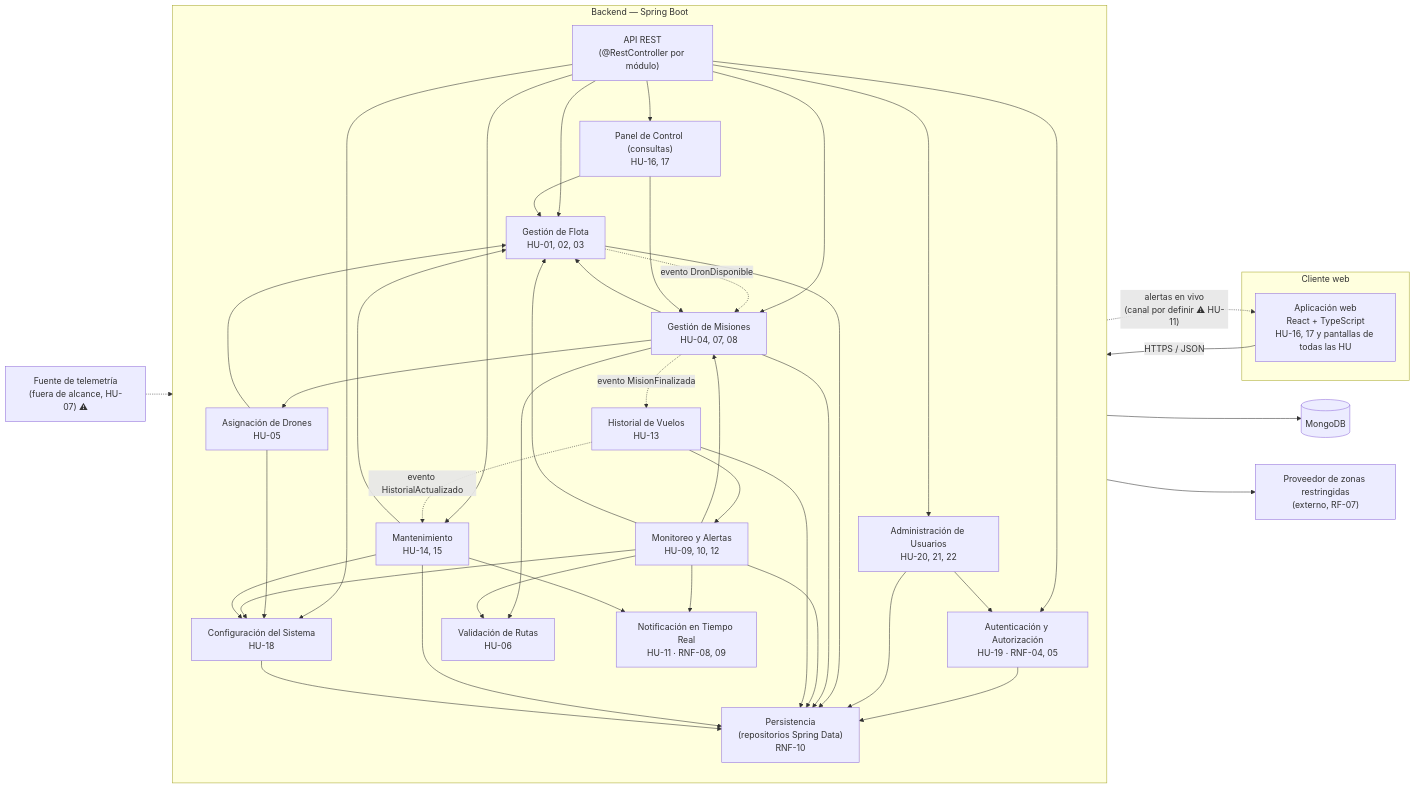
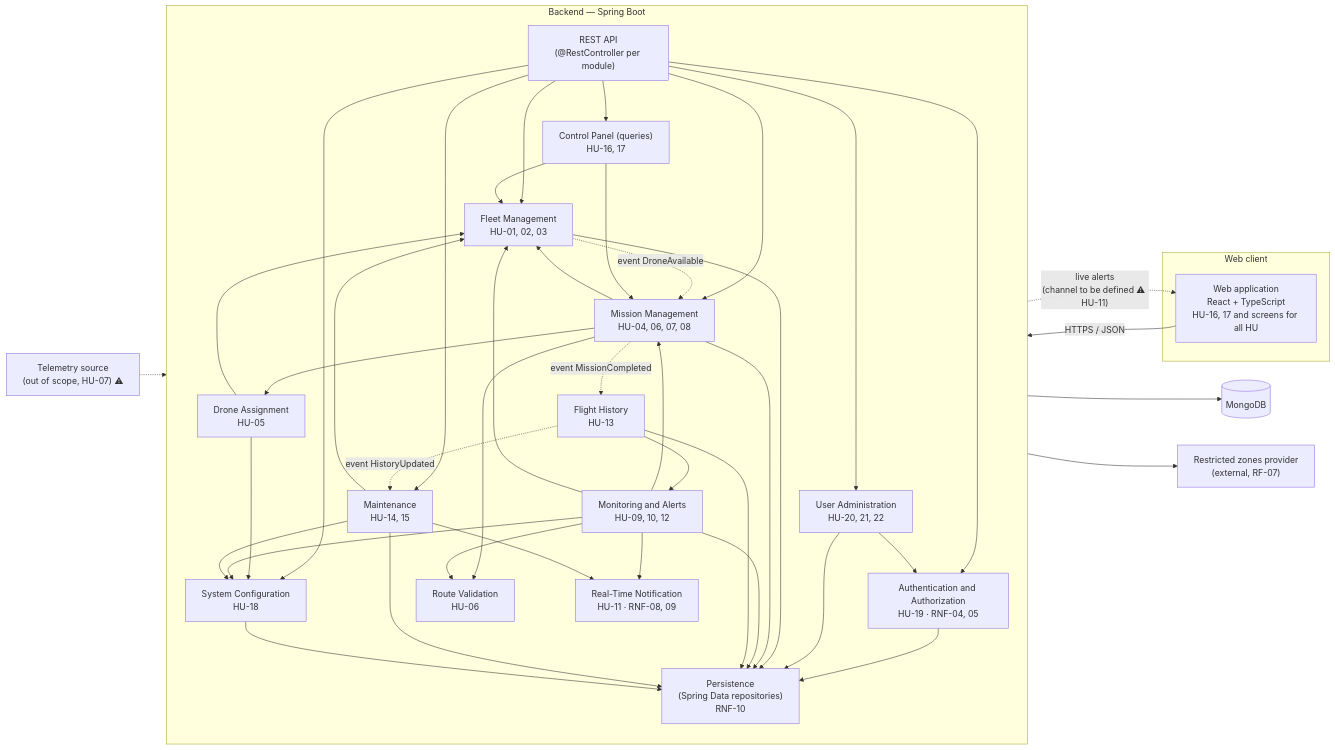
One commit to Juanescuaran2041/dronflow changed the diagram in docs/diagrama-componentes.md. Above: the diagram before and after it, drawn with Mermaid. The commit also changed other lines of this file, not shown here.

Commit message:
docs: diagrama de componentes en ingles

````diff
--- a/docs/diagrama-componentes.md
+++ b/docs/diagrama-componentes.md
@@ -8,77 +8,77 @@
 ```mermaid
 flowchart LR
-    subgraph CLI["Cliente web"]
-        SPA["Aplicación web<br/>React + TypeScript<br/>HU-16, 17 y pantallas de todas las HU"]
+    subgraph CLI["Web client"]
+        SPA["Web application<br/>React + TypeScript<br/>HU-16, 17 and screens for all HU"]
     end
 
     subgraph BE["Backend — Spring Boot"]
         direction TB
-        API["API REST<br/>(@RestController por módulo)"]
+        API["REST API<br/>(@RestController per module)"]
 
-        SEG["Autenticación y Autorización<br/>HU-19 · RNF-04, 05"]
-        USR["Administración de Usuarios<br/>HU-20, 21, 22"]
-        FLO["Gestión de Flota<br/>HU-01, 02, 03"]
-        MIS["Gestión de Misiones<br/>HU-04, 07, 08"]
-        ASG["Asignación de Drones<br/>HU-05"]
-        RUT["Validación de Rutas<br/>HU-06"]
-        MON["Monitoreo y Alertas<br/>HU-09, 10, 12"]
-        NOT["Notificación en Tiempo Real<br/>HU-11 · RNF-08, 09"]
-        HIS["Historial de Vuelos<br/>HU-13"]
-        MAN["Mantenimiento<br/>HU-14, 15"]
-        PAN["Panel de Control (consultas)<br/>HU-16, 17"]
-        CFG["Configuración del Sistema<br/>HU-18"]
-        PER["Persistencia<br/>(repositorios Spring Data)<br/>RNF-10"]
+        SEC["Authentication and Authorization<br/>HU-19 · RNF-04, 05"]
+        USR["User Administration<br/>HU-20, 21, 22"]
+        FLT["Fleet Management<br/>HU-01, 02, 03"]
+        MIS["Mission Management<br/>HU-04, 06, 07, 08"]
+        ASG["Drone Assignment<br/>HU-05"]
+        RTE["Route Validation<br/>HU-06"]
+        MON["Monitoring and Alerts<br/>HU-09, 10, 12"]
+        NOT["Real-Time Notification<br/>HU-11 · RNF-08, 09"]
+        HIS["Flight History<br/>HU-13"]
+        MNT["Maintenance<br/>HU-14, 15"]
+        DSH["Control Panel (queries)<br/>HU-16, 17"]
+        CFG["System Configuration<br/>HU-18"]
+        PER["Persistence<br/>(Spring Data repositories)<br/>RNF-10"]
     end
 
     DB[("MongoDB")]
-    ZON["Proveedor de zonas restringidas<br/>(externo, RF-07)"]
-    TEL["Fuente de telemetría<br/>(fuera de alcance, HU-07) ⚠"]
+    ZON["Restricted zones provider<br/>(external, RF-07)"]
+    TEL["Telemetry source<br/>(out of scope, HU-07) ⚠"]
 
     SPA -- "HTTPS / JSON" --> API
-    NOT -. "alertas en vivo<br/>(canal por definir ⚠ HU-11)" .-> SPA
+    NOT -. "live alerts<br/>(channel to be defined ⚠ HU-11)" .-> SPA
 
-    API --> SEG
+    API --> SEC
     API --> USR
-    API --> FLO
+    API --> FLT
     API --> MIS
-    API --> PAN
+    API --> DSH
     API --> CFG
-    API --> MAN
+    API --> MNT
 
-    USR --> SEG
-    SEG --> PER
+    USR --> SEC
+    SEC --> PER
     USR --> PER
 
-    MIS --> FLO
+    MIS --> FLT
     MIS --> ASG
-    MIS --> RUT
-    ASG --> FLO
+    MIS --> RTE
+    ASG --> FLT
     ASG --> CFG
-    RUT --> ZON
+    RTE --> ZON
 
     TEL -.-> MON
     MON --> MIS
-    MON --> FLO
-    MON --> RUT
+    MON --> FLT
+    MON --> RTE
     MON --> CFG
     MON --> NOT
 
-    MIS -. "evento MisionFinalizada" .-> HIS
-    HIS -. "evento HistorialActualizado" .-> MAN
+    MIS -. "event MissionCompleted" .-> HIS
+    HIS -. "event HistoryUpdated" .-> MNT
     HIS --> MON
-    MAN --> FLO
-    MAN --> NOT
-    MAN --> CFG
-    FLO -. "evento DronDisponible" .-> MIS
+    MNT --> FLT
+    MNT --> NOT
+    MNT --> CFG
+    FLT -. "event DroneAvailable" .-> MIS
 
-    PAN --> FLO
-    PAN --> MIS
+    DSH --> FLT
+    DSH --> MIS
 
-    FLO --> PER
+    FLT --> PER
     MIS --> PER
     MON --> PER
     HIS --> PER
-    MAN --> PER
+    MNT --> PER
     CFG --> PER
     PER --> DB
 ```
````
